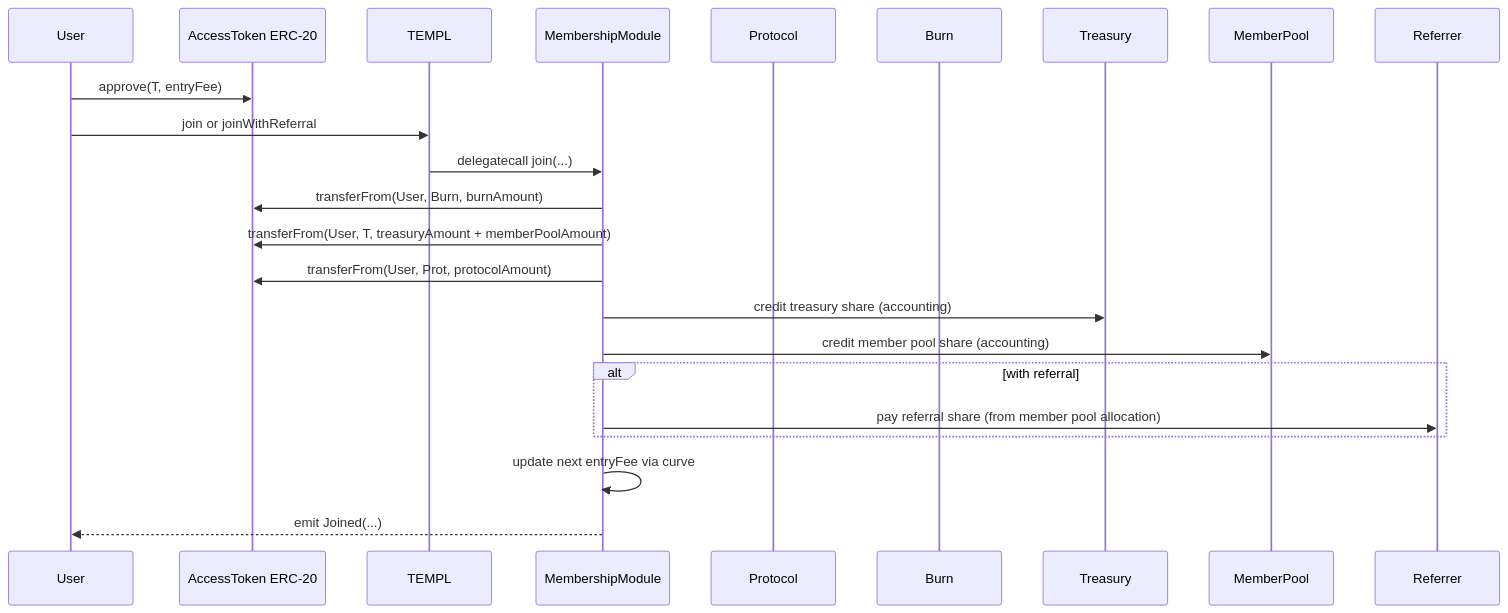
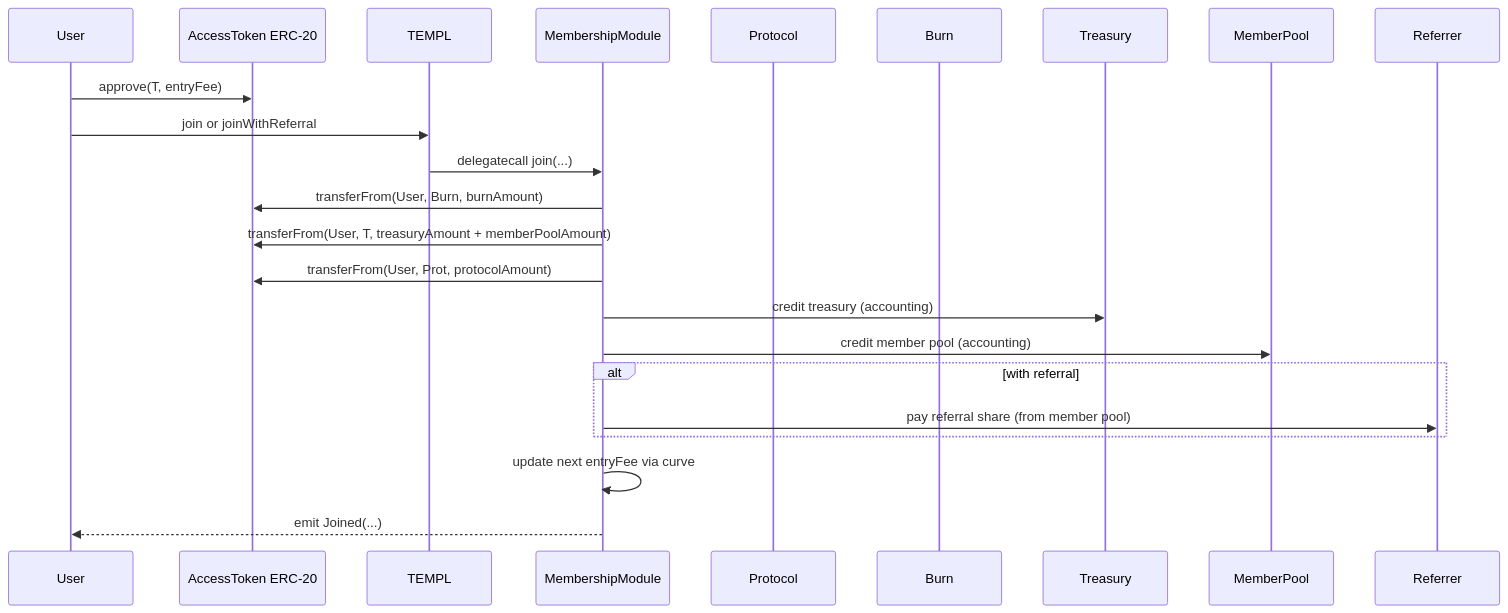
The second of 2 diagrams in README.md (templ-fun/evm-protocol), drawn with Mermaid before and after one commit. The commit also changed other lines of this file and 5 other files, not shown here.

````diff
--- a/README.md
+++ b/README.md
@@ -456,26 +103,26 @@
 ```mermaid
 sequenceDiagram
   participant User
   participant Token as AccessToken ERC-20
   participant T as TEMPL
   participant M as MembershipModule
   participant Prot as Protocol
   participant Burn as Burn
   participant Treas as Treasury
   participant Pool as MemberPool
   participant Ref as Referrer
 
   User->>Token: approve(T, entryFee)
   User->>T: join or joinWithReferral
   T->>M: delegatecall join(...)
   M->>Token: transferFrom(User, Burn, burnAmount)
   M->>Token: transferFrom(User, T, treasuryAmount + memberPoolAmount)
   M->>Token: transferFrom(User, Prot, protocolAmount)
-  M->>Treas: credit treasury share (accounting)
-  M->>Pool: credit member pool share (accounting)
+  M->>Treas: credit treasury (accounting)
+  M->>Pool: credit member pool (accounting)
   alt with referral
-    M->>Ref: pay referral share (from member pool allocation)
+    M->>Ref: pay referral share (from member pool)
   end
   M->>M: update next entryFee via curve
   M-->>User: emit Joined(...)
 ```
````
